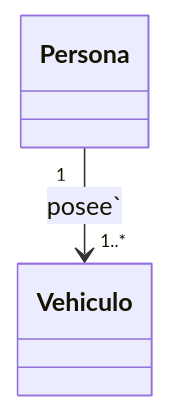
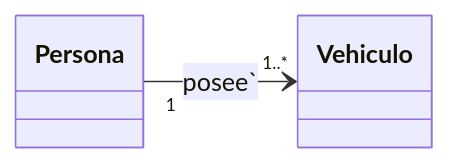
One commit to danielmartinan/entornos_desarrollo_2024-25 changed the sixth of 7 diagrams in UD4 - Introducción a POO, diagramas UML y diagramas de clases/ud04_2_notacion_uml_diagramas_clases.md. Above: the diagram before and after it, drawn with Mermaid. The commit also changed other lines of this file, not shown here.

````diff
--- a/UD4 - Introducción a POO, diagramas UML y diagramas de clases/ud04_2_notacion_uml_diagramas_clases.md
+++ b/UD4 - Introducción a POO, diagramas UML y diagramas de clases/ud04_2_notacion_uml_diagramas_clases.md
@@ -115,7 +115,8 @@
 ```mermaid
 classDiagram
+    direction LR
     class Persona
     class Vehiculo
 
     Persona "1" --> "1..*" Vehiculo: posee` 
 ```
````
